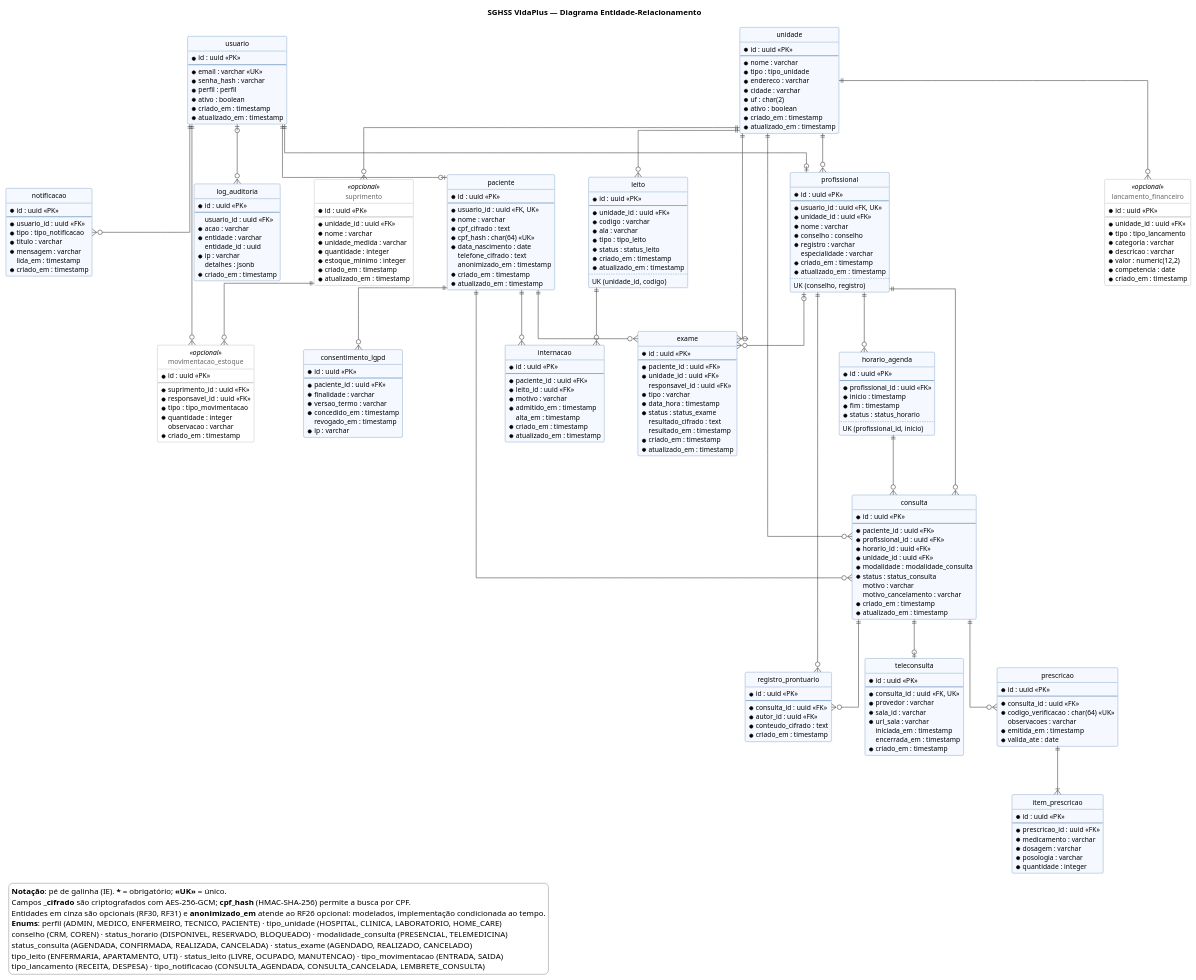
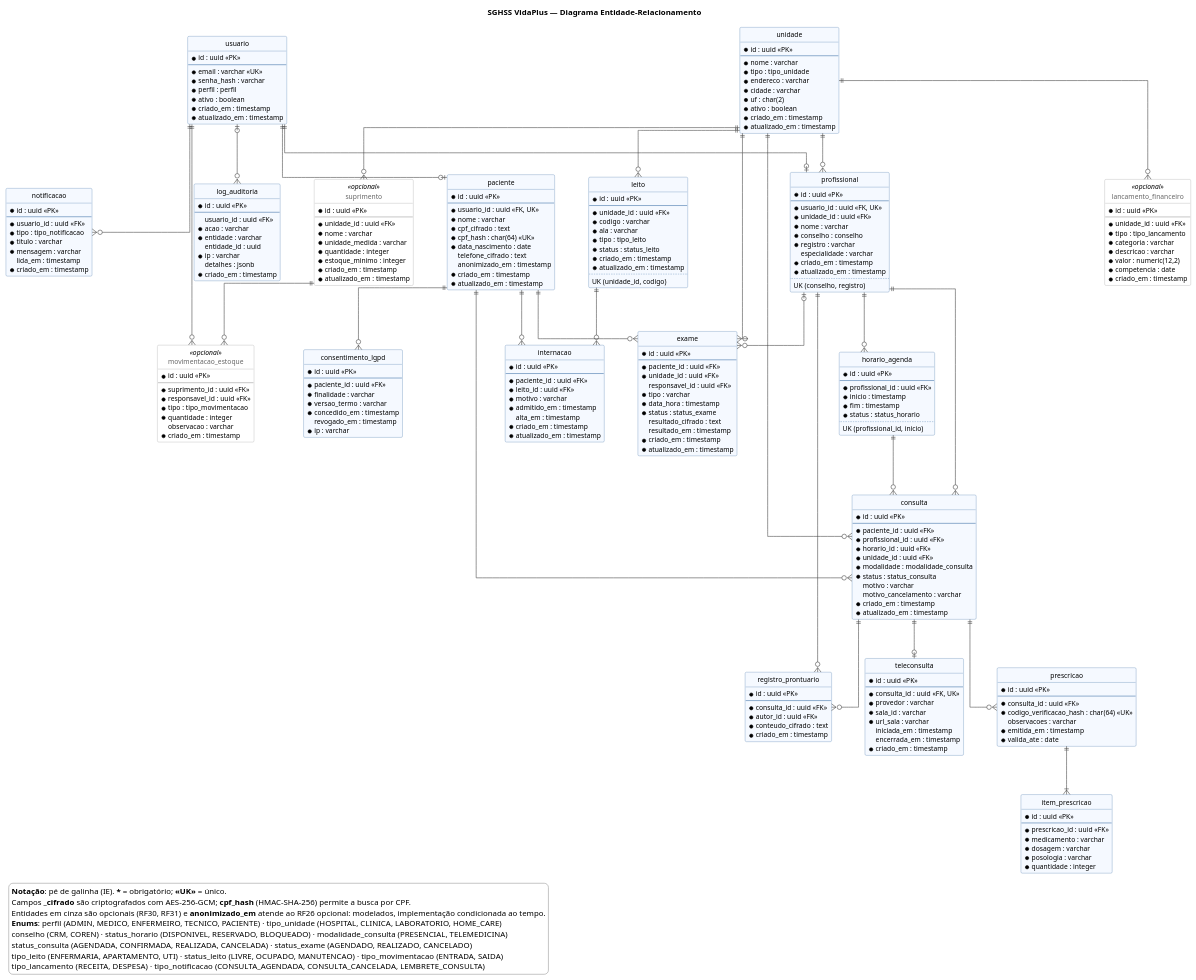
The diagram in docs/diagramas/der.puml (JlucasFaria/sghss-api), drawn with PlantUML before and after one commit. The commit also changed 6 other files, not shown here.

Commit message:
docs: define codigo de verificacao aleatorio para receitas

```diff
--- a/docs/diagramas/der.puml
+++ b/docs/diagramas/der.puml
@@ -146,7 +146,7 @@
   * id : uuid <<PK>>
   --
   * consulta_id : uuid <<FK>>
-  * codigo_verificacao : char(64) <<UK>>
+  * codigo_verificacao_hash : char(64) <<UK>>
     observacoes : varchar
   * emitida_em : timestamp
   * valida_ate : date
```
